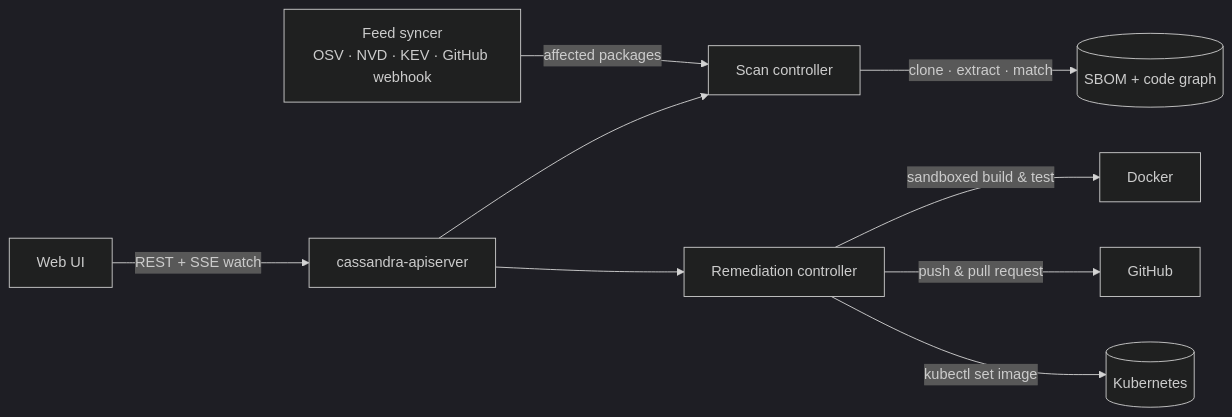
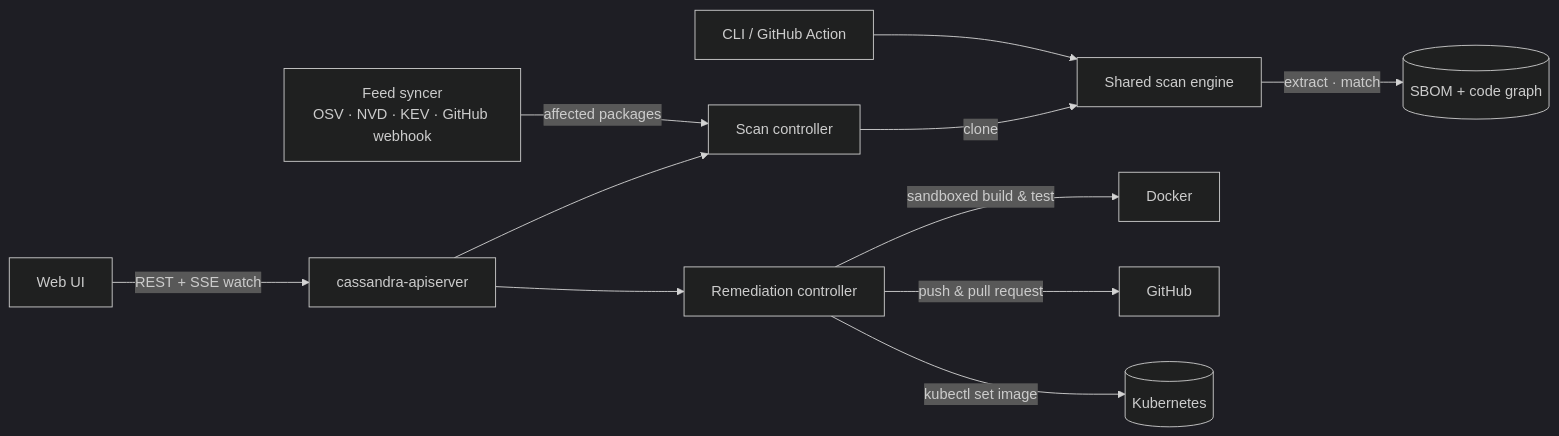
Before and after one commit to jinho-yoo-jack/Cassandra: the diagram in README.md, drawn with Mermaid (dark theme). The commit also changed other lines of this file and 123 other files, not shown here.

````diff
--- a/README.md
+++ b/README.md
@@ -71,11 +85,13 @@
 ```mermaid
 flowchart LR
   UI[Web UI] -- REST + SSE watch --> API[cassandra-apiserver]
   API --> SC[Scan controller]
   API --> RC[Remediation controller]
-  SC -- clone · extract · match --> R[(SBOM + code graph)]
+  SC -- clone --> Engine[Shared scan engine]
+  CLI[CLI / GitHub Action] --> Engine
+  Engine -- extract · match --> R[(SBOM + code graph)]
   FS[Feed syncer<br/>OSV · NVD · KEV · GitHub webhook] -- affected packages --> SC
   RC -- sandboxed build & test --> D[Docker]
   RC -- push & pull request --> GH[GitHub]
   RC -- kubectl set image --> K8s[(Kubernetes)]
 ```
````
